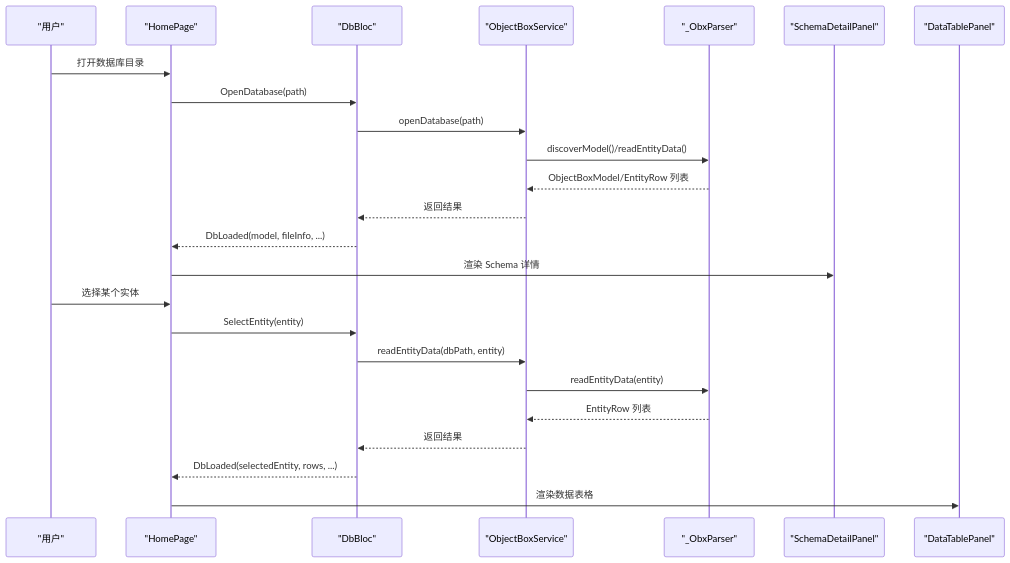
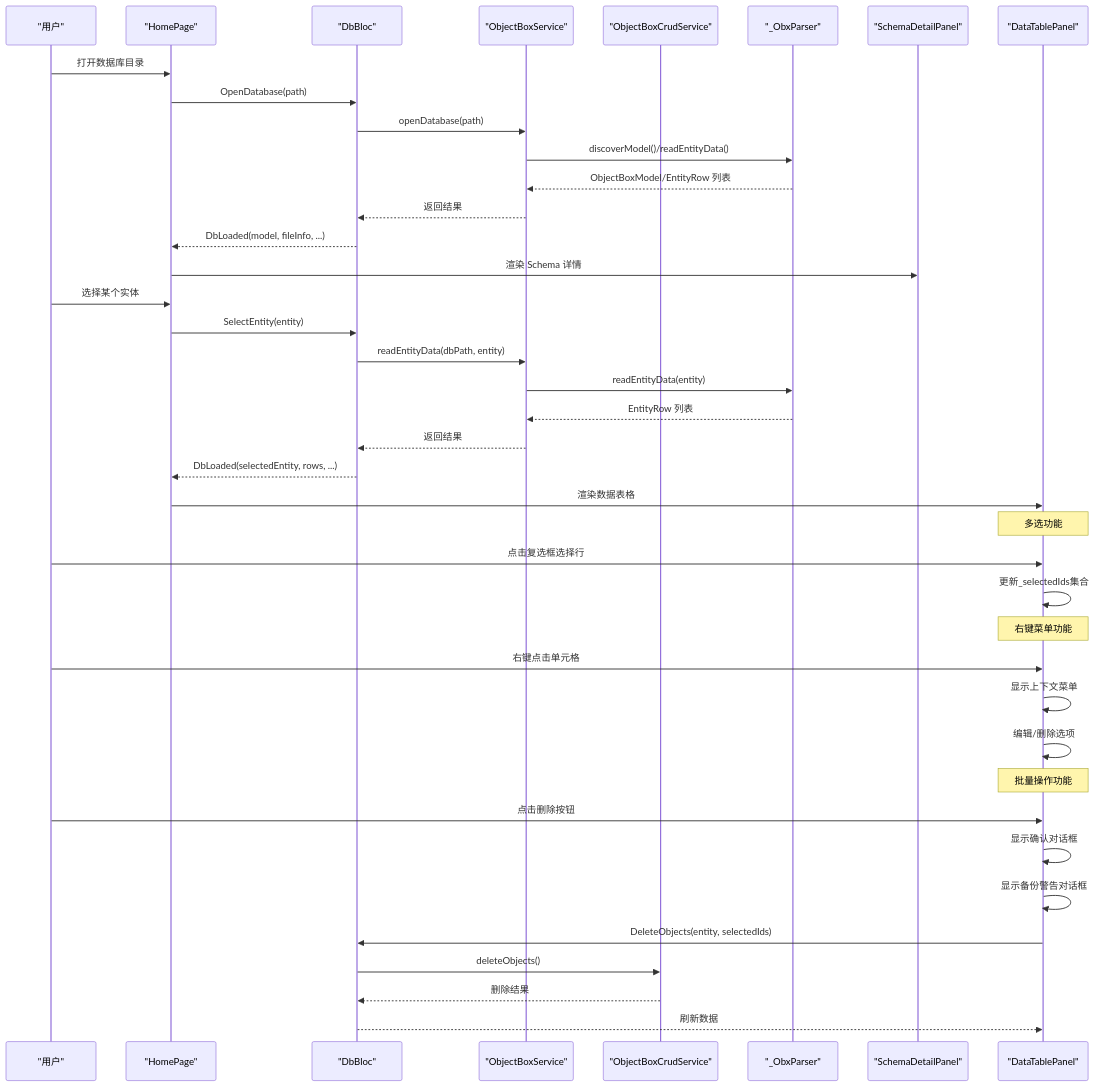
One commit to kongpf8848/objectbox_viewer changed the second of 4 diagrams in .qoder/repowiki/zh/content/核心功能/数据展示.md. Above: the diagram before and after it, drawn with Mermaid. The commit also changed other lines of this file and 19 other files, not shown here.

````diff
--- a/.qoder/repowiki/zh/content/核心功能/数据展示.md
+++ b/.qoder/repowiki/zh/content/核心功能/数据展示.md
@@ -95,26 +115,42 @@
 ```mermaid
 sequenceDiagram
 participant U as "用户"
 participant HP as "HomePage"
 participant BL as "DbBloc"
 participant SV as "ObjectBoxService"
+participant CS as "ObjectBoxCrudService"
 participant PR as "_ObxParser"
 participant SD as "SchemaDetailPanel"
 participant DT as "DataTablePanel"
 U->>HP : 打开数据库目录
 HP->>BL : OpenDatabase(path)
 BL->>SV : openDatabase(path)
 SV->>PR : discoverModel()/readEntityData()
 PR-->>SV : ObjectBoxModel/EntityRow 列表
 SV-->>BL : 返回结果
 BL-->>HP : DbLoaded(model, fileInfo, ...)
 HP->>SD : 渲染 Schema 详情
 U->>HP : 选择某个实体
 HP->>BL : SelectEntity(entity)
 BL->>SV : readEntityData(dbPath, entity)
 SV->>PR : readEntityData(entity)
 PR-->>SV : EntityRow 列表
 SV-->>BL : 返回结果
 BL-->>HP : DbLoaded(selectedEntity, rows, ...)
 HP->>DT : 渲染数据表格
+Note over DT : 多选功能
+U->>DT : 点击复选框选择行
+DT->>DT : 更新_selectedIds集合
+Note over DT : 右键菜单功能
+U->>DT : 右键点击单元格
+DT->>DT : 显示上下文菜单
+DT->>DT : 编辑/删除选项
+Note over DT : 批量操作功能
+U->>DT : 点击删除按钮
+DT->>DT : 显示确认对话框
+DT->>DT : 显示备份警告对话框
+DT->>BL : DeleteObjects(entity, selectedIds)
+BL->>CS : deleteObjects()
+CS-->>BL : 删除结果
+BL-->>DT : 刷新数据
 ```
````
